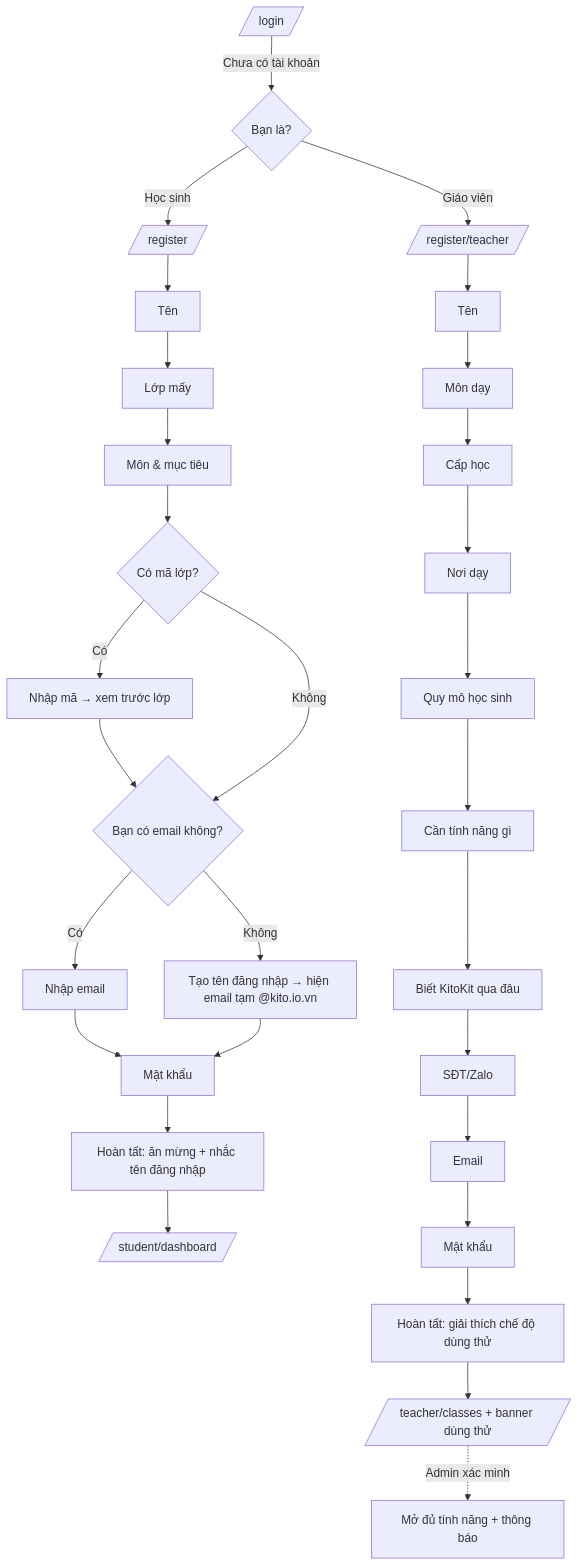
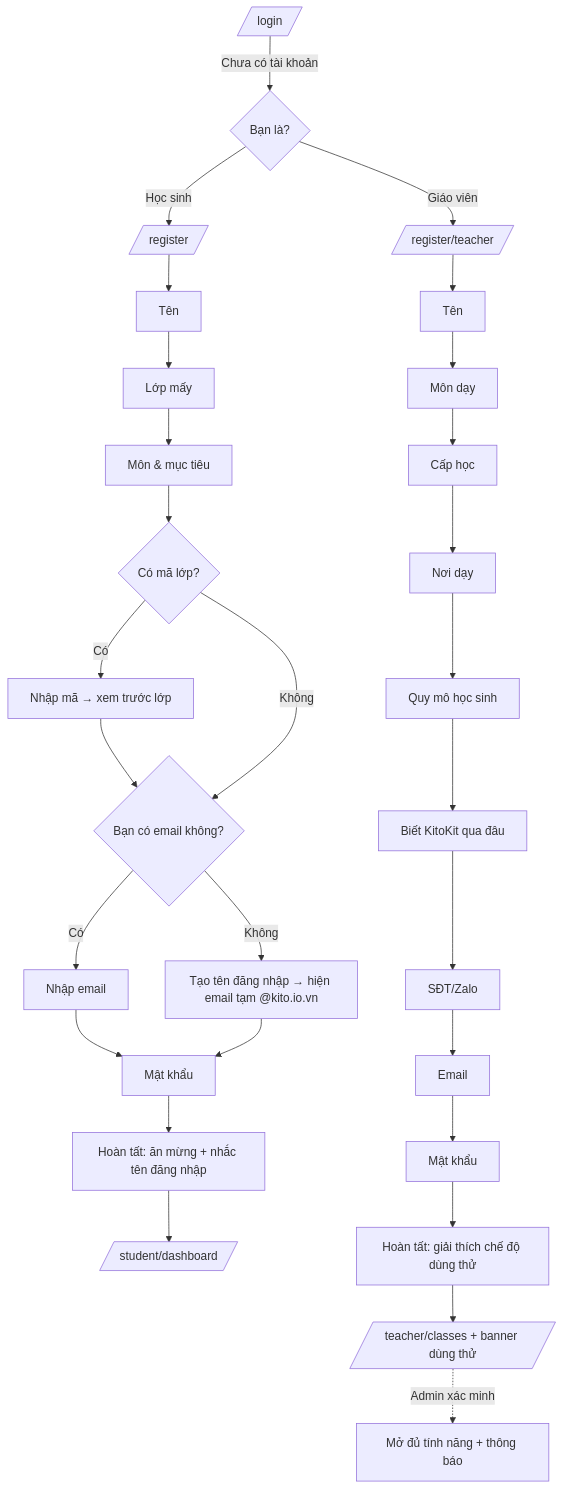
Before and after one commit to namth/edusystem: the diagram in docs/features/dang-ky-phong-van.md, drawn with Mermaid. The commit also changed other lines of this file and 18 other files, not shown here.

````diff
--- a/docs/features/dang-ky-phong-van.md
+++ b/docs/features/dang-ky-phong-van.md
@@ -38,16 +38,16 @@
 ```mermaid
 flowchart TD
   L[/login/] -->|Chưa có tài khoản| C{Bạn là?}
   C -->|Học sinh| S1[/register/]
   C -->|Giáo viên| T1[/register/teacher/]
   S1 --> S2[Tên] --> S3[Lớp mấy] --> S4[Môn & mục tiêu] --> S5{Có mã lớp?}
   S5 -->|Có| S5a[Nhập mã → xem trước lớp] --> S6
   S5 -->|Không| S6{Bạn có email không?}
   S6 -->|Có| S6a[Nhập email] --> S7
   S6 -->|Không| S6b[Tạo tên đăng nhập → hiện email tạm @kito.io.vn] --> S7
   S7[Mật khẩu] --> S8[Hoàn tất: ăn mừng + nhắc tên đăng nhập] --> SD[/student/dashboard/]
   T1 --> T2[Tên] --> T3[Môn dạy] --> T4[Cấp học] --> T5[Nơi dạy] --> T6[Quy mô học sinh]
-  T6 --> T7[Cần tính năng gì] --> T8[Biết KitoKit qua đâu] --> T9[SĐT/Zalo] --> T10[Email] --> T11[Mật khẩu]
+  T6 --> T8[Biết KitoKit qua đâu] --> T9[SĐT/Zalo] --> T10[Email] --> T11[Mật khẩu]
   T11 --> T12[Hoàn tất: giải thích chế độ dùng thử] --> TD[/teacher/classes + banner dùng thử/]
   TD -.->|Admin xác minh| TV[Mở đủ tính năng + thông báo]
 ```
````
